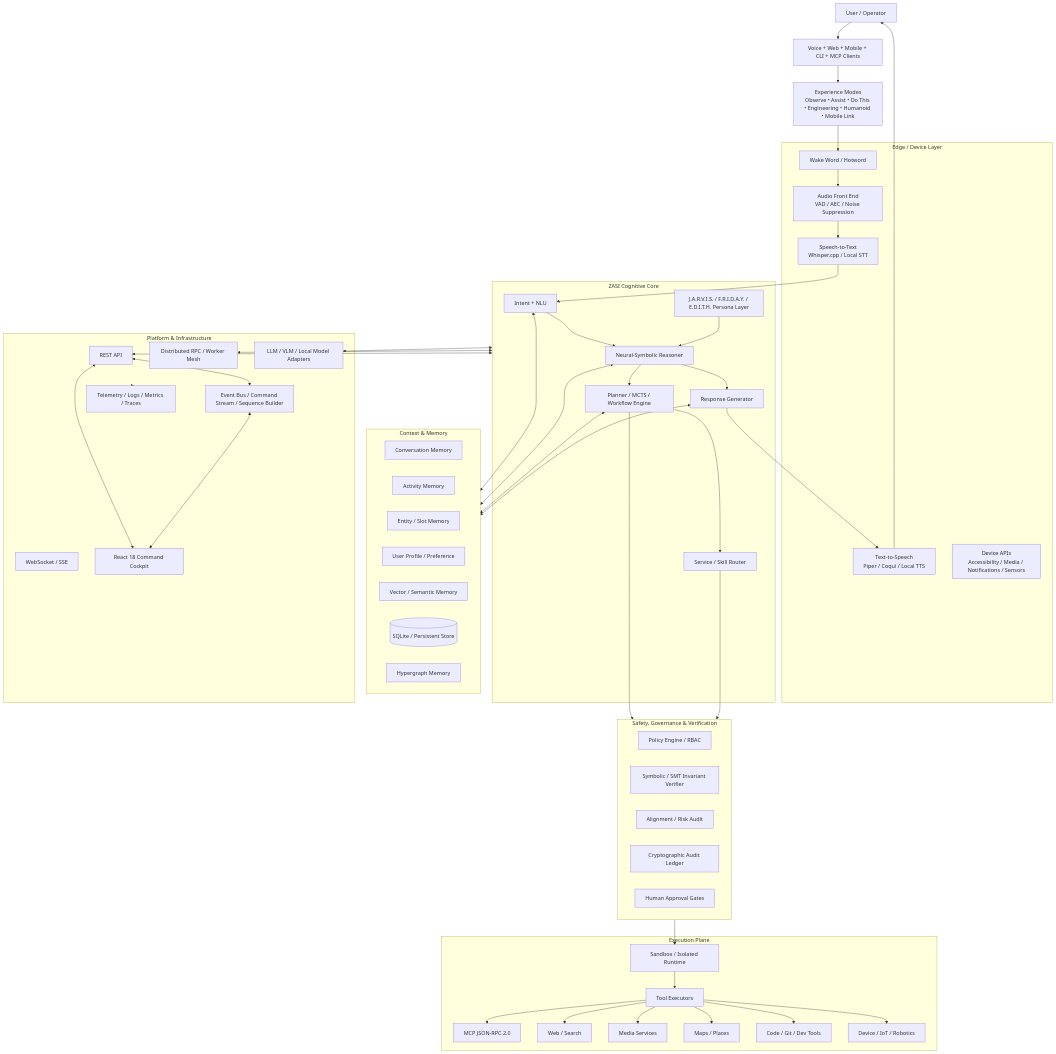
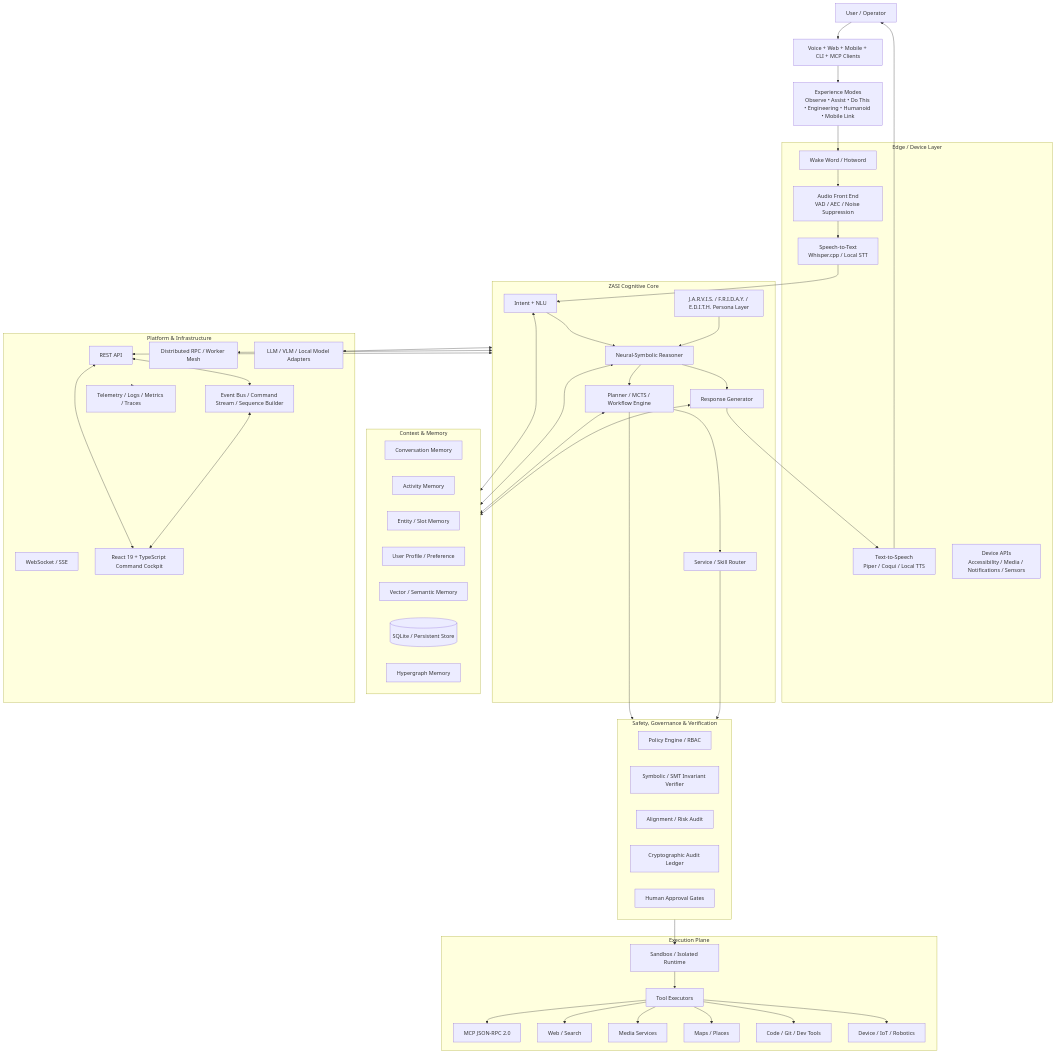
Before and after one commit to cvsz/zasi: the first of 19 diagrams in docs/ZASI_FULL_ARCHITECTURE.md, drawn with Mermaid. The commit also changed other lines of this file and 21 other files, not shown here.

Commit message:
build(cockpit): upgrade React baseline and add typed entrypoint

```diff
--- a/docs/ZASI_FULL_ARCHITECTURE.md
+++ b/docs/ZASI_FULL_ARCHITECTURE.md
@@ -158,7 +158,7 @@
       API[REST API]
       WS[WebSocket / SSE]
       EVENTS[Event Bus / Command Stream / Sequence Builder]
-      COCKPIT[React 18 Command Cockpit]
+      COCKPIT[React 19 + TypeScript Command Cockpit]
       OBS[Telemetry / Logs / Metrics / Traces]
       DIST[Distributed RPC / Worker Mesh]
       MODELS[LLM / VLM / Local Model Adapters]
```
